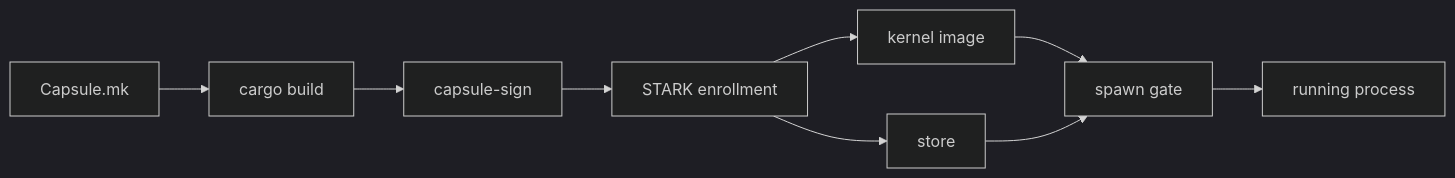
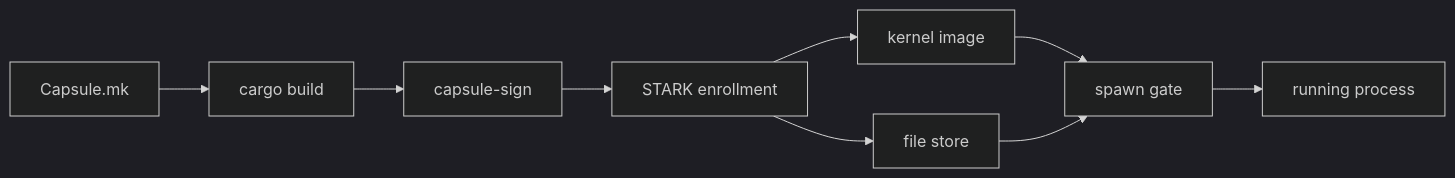
The diagram in docs/userland/README.md (NON-OS/microkernel), drawn with Mermaid (dark theme) before and after one commit. The commit also changed other lines of this file and 7 other files, not shown here.

````diff
--- a/docs/userland/README.md
+++ b/docs/userland/README.md
@@ -18,11 +28,11 @@
 ```mermaid
 flowchart LR
   A[Capsule.mk] --> B[cargo build]
   B --> C[capsule-sign]
   C --> D[STARK enrollment]
   D --> E[kernel image]
-  D --> F[store]
+  D --> F[file store]
   E --> G[spawn gate]
   F --> G
   G --> H[running process]
 ```
````
